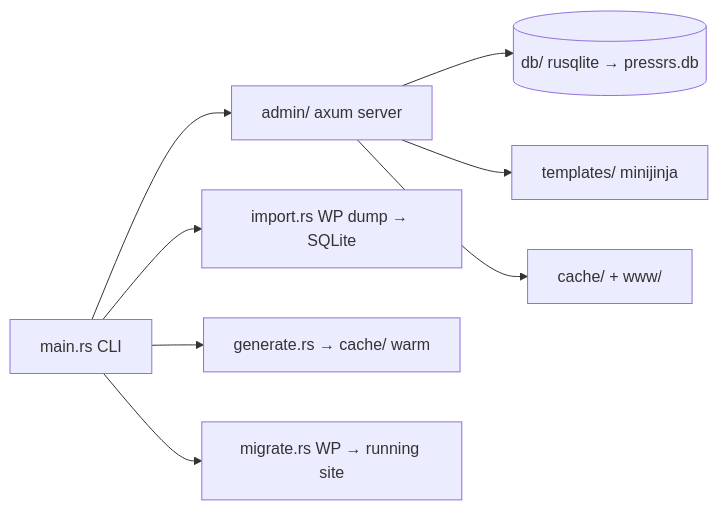
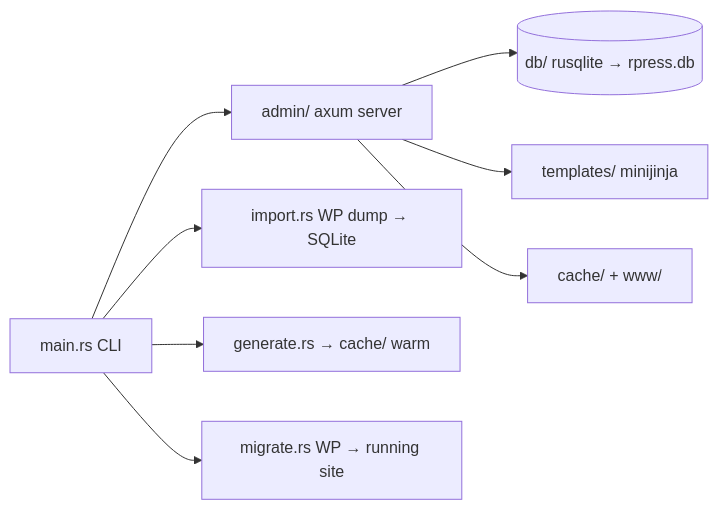
The diagram in docs/architecture.md (hieuspaceos/rpress), drawn with Mermaid before and after one commit. The commit also changed other lines of this file and 14 other files, not shown here.

````diff
--- a/docs/architecture.md
+++ b/docs/architecture.md
@@ -5,10 +5,10 @@
 ```mermaid
 flowchart LR
     CLI[main.rs CLI] --> SRV[admin/ axum server]
     CLI --> IMP[import.rs WP dump → SQLite]
     CLI --> GEN[generate.rs → cache/ warm]
     CLI --> MIG[migrate.rs WP → running site]
-    SRV --> DB[(db/ rusqlite → pressrs.db)]
+    SRV --> DB[(db/ rusqlite → rpress.db)]
     SRV --> TPL[templates/ minijinja]
     SRV --> STATIC[cache/ + www/]
 ```
````
